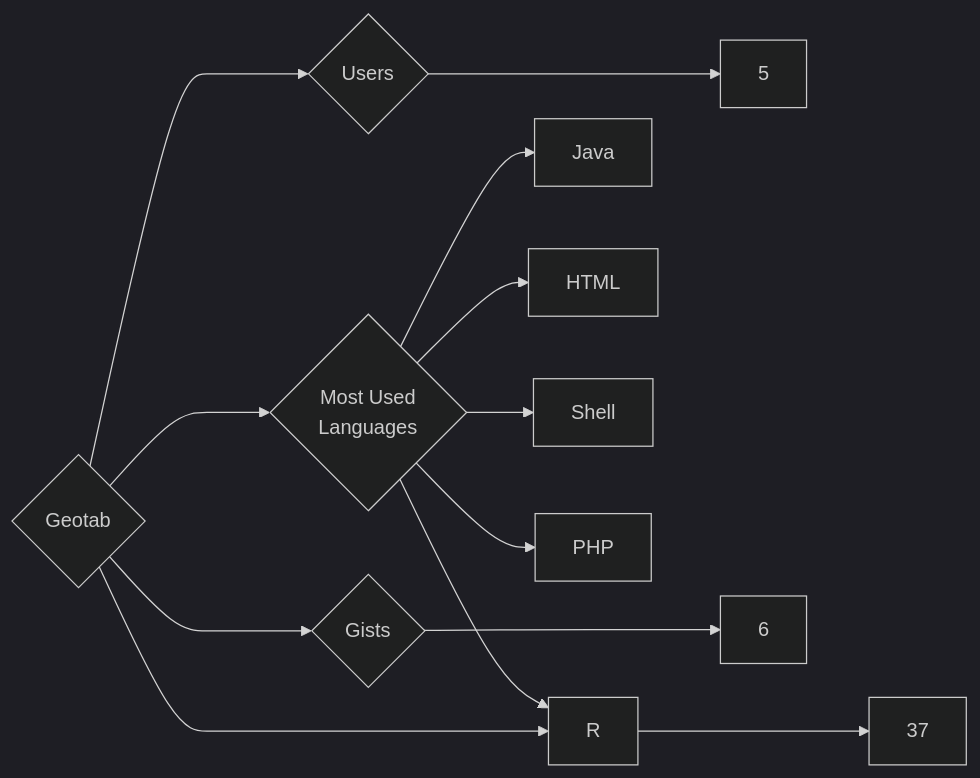
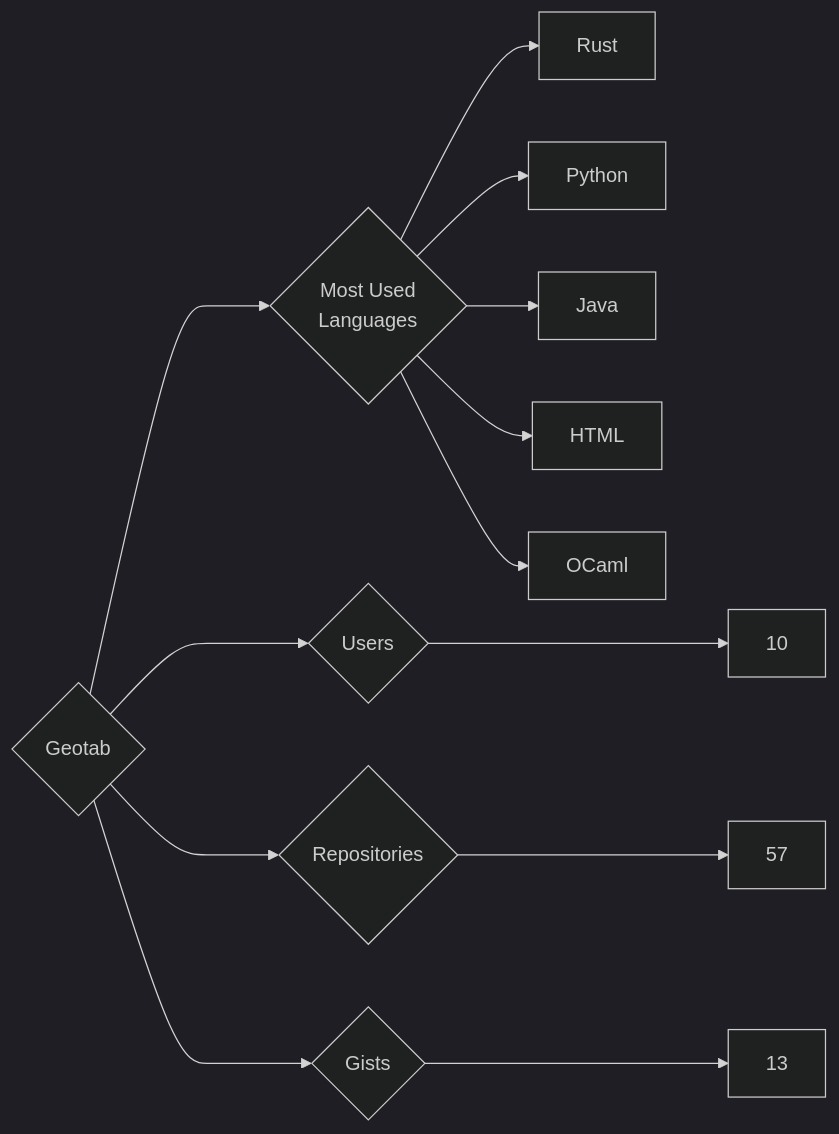
Before and after one commit to trickest/insiders: the diagram in targets/Geotab/README.md, drawn with Mermaid (dark theme). The commit also changed 1148 other files, not shown here.

````diff
--- a/targets/Geotab/README.md
+++ b/targets/Geotab/README.md
@@ -3,13 +3,13 @@
 ```mermaid
 graph LR
 COMPANY_NAME{Geotab}
-COMPANY_NAME ---> U{Users} ---> UN[5]
-COMPANY_NAME ---> R{Repositories} ---> RN[37]
-COMPANY_NAME ---> G{Gists} ---> GN[6]
+COMPANY_NAME ---> U{Users} ---> UN[10]
+COMPANY_NAME ---> R{Repositories} ---> RN[57]
+COMPANY_NAME ---> G{Gists} ---> GN[13]
 COMPANY_NAME ---> ML{Most Used<br>Languages}
+ML --> Rust[Rust]
+ML --> Python[Python]
 ML --> Java[Java]
 ML --> HTML[HTML]
-ML --> Shell[Shell]
-ML --> R[R]
-ML --> PHP[PHP]
+ML --> OCaml[OCaml]
 ```
````
